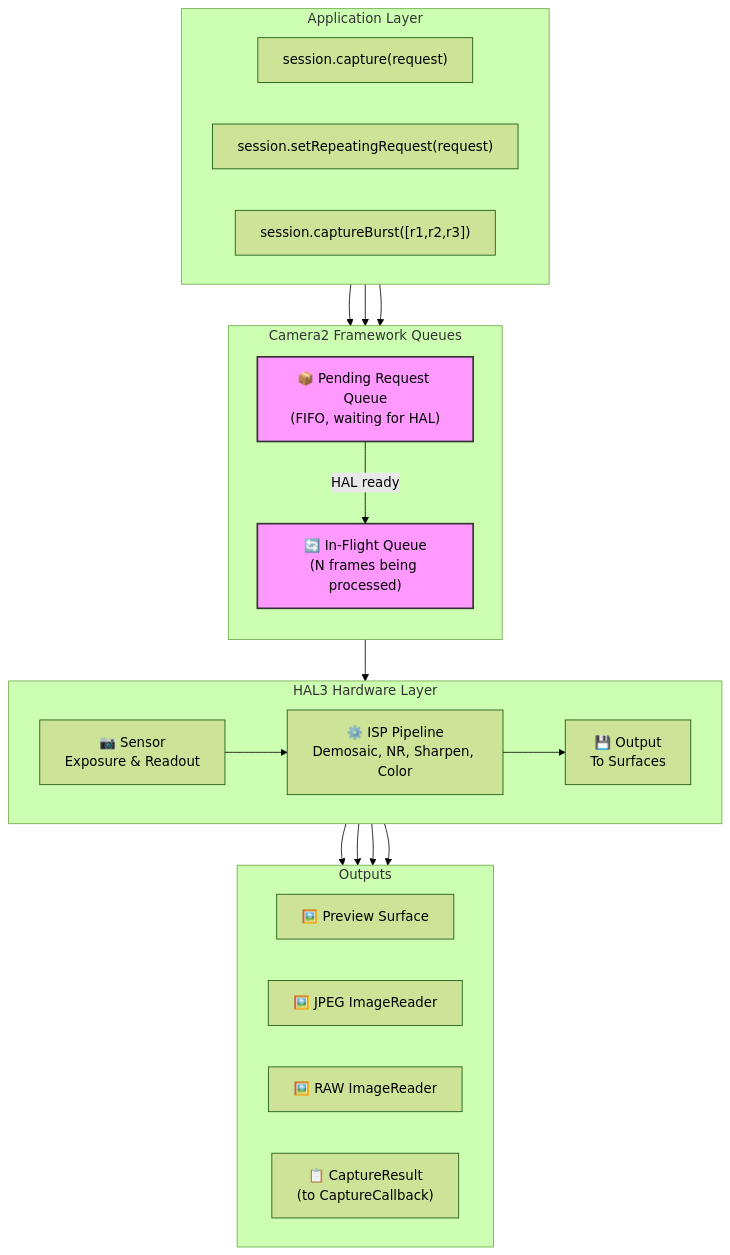
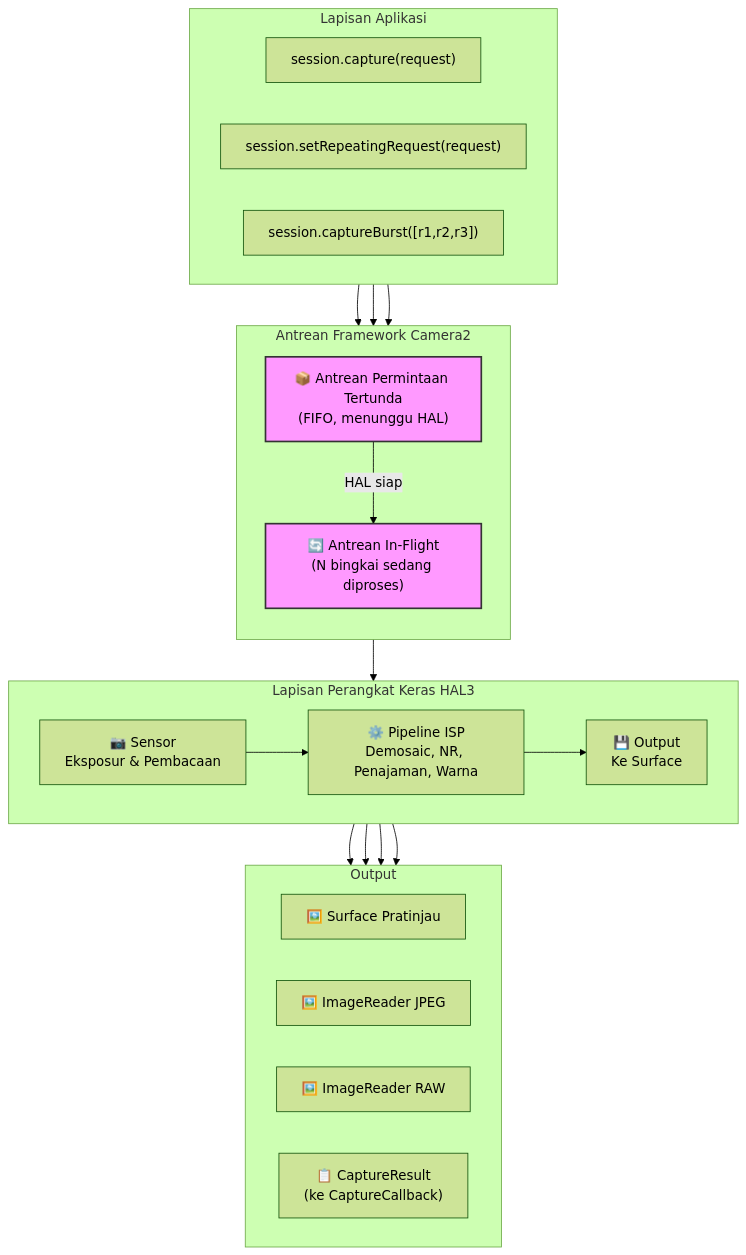
Before and after one commit to zoozooll/AndroidCameraParameters: the first of 4 diagrams in website/i18n/id/docusaurus-plugin-content-docs/current/camera2/the-camera2-pipeline.md, drawn with Mermaid (forest theme). The commit also changed other lines of this file and 378 other files, not shown here.

````diff
--- a/website/i18n/id/docusaurus-plugin-content-docs/current/camera2/the-camera2-pipeline.md
+++ b/website/i18n/id/docusaurus-plugin-content-docs/current/camera2/the-camera2-pipeline.md
@@ -160,45 +160,45 @@
 ```mermaid
 flowchart TB
-    subgraph APP ["Application Layer"]
+    subgraph APP ["Lapisan Aplikasi"]
         direction LR
         A1["session.capture(request)"]
         A2["session.setRepeatingRequest(request)"]
         A3["session.captureBurst([r1,r2,r3])"]
     end
 
-    subgraph FW ["Camera2 Framework Queues"]
+    subgraph FW ["Antrean Framework Camera2"]
         direction TB
-        PQ["📦 Pending Request Queue<br/>(FIFO, waiting for HAL)"]:::queue
-        IFQ["🔄 In-Flight Queue<br/>(N frames being processed)"]:::queue
-        PQ -->|HAL ready| IFQ
+        PQ["📦 Antrean Permintaan Tertunda<br/>(FIFO, menunggu HAL)"]:::queue
+        IFQ["🔄 Antrean In-Flight<br/>(N bingkai sedang diproses)"]:::queue
+        PQ -->|HAL siap| IFQ
     end
 
-    subgraph HAL ["HAL3 Hardware Layer"]
+    subgraph HAL ["Lapisan Perangkat Keras HAL3"]
         direction LR
-        S["📷 Sensor<br/>Exposure & Readout"]
-        I["⚙️ ISP Pipeline<br/>Demosaic, NR, Sharpen, Color"]
-        O["💾 Output<br/>To Surfaces"]
+        S["📷 Sensor<br/>Eksposur & Pembacaan"]
+        I["⚙️ Pipeline ISP<br/>Demosaic, NR, Penajaman, Warna"]
+        O["💾 Output<br/>Ke Surface"]
         S --> I --> O
     end
 
-    subgraph OUTPUTS ["Outputs"]
+    subgraph OUTPUTS ["Output"]
         direction LR
-        PREV["🖼️ Preview Surface"]
-        JPEG["🖼️ JPEG ImageReader"]
-        RAW["🖼️ RAW ImageReader"]
-        RES["📋 CaptureResult<br/>(to CaptureCallback)"]
+        PREV["🖼️ Surface Pratinjau"]
+        JPEG["🖼️ ImageReader JPEG"]
+        RAW["🖼️ ImageReader RAW"]
+        RES["📋 CaptureResult<br/>(ke CaptureCallback)"]
     end
 
     A1 --> PQ
     A2 --> PQ
     A3 --> PQ
     IFQ --> S
     O --> PREV
     O --> JPEG
     O --> RAW
     O --> RES
 
     classDef queue fill:#f9f,stroke:#333,stroke-width:2px;
     classDef app fill:#e3f2fd,stroke:#1565c0;
     classDef hal fill:#e8f5e9,stroke:#2e7d32;
 ```
````
